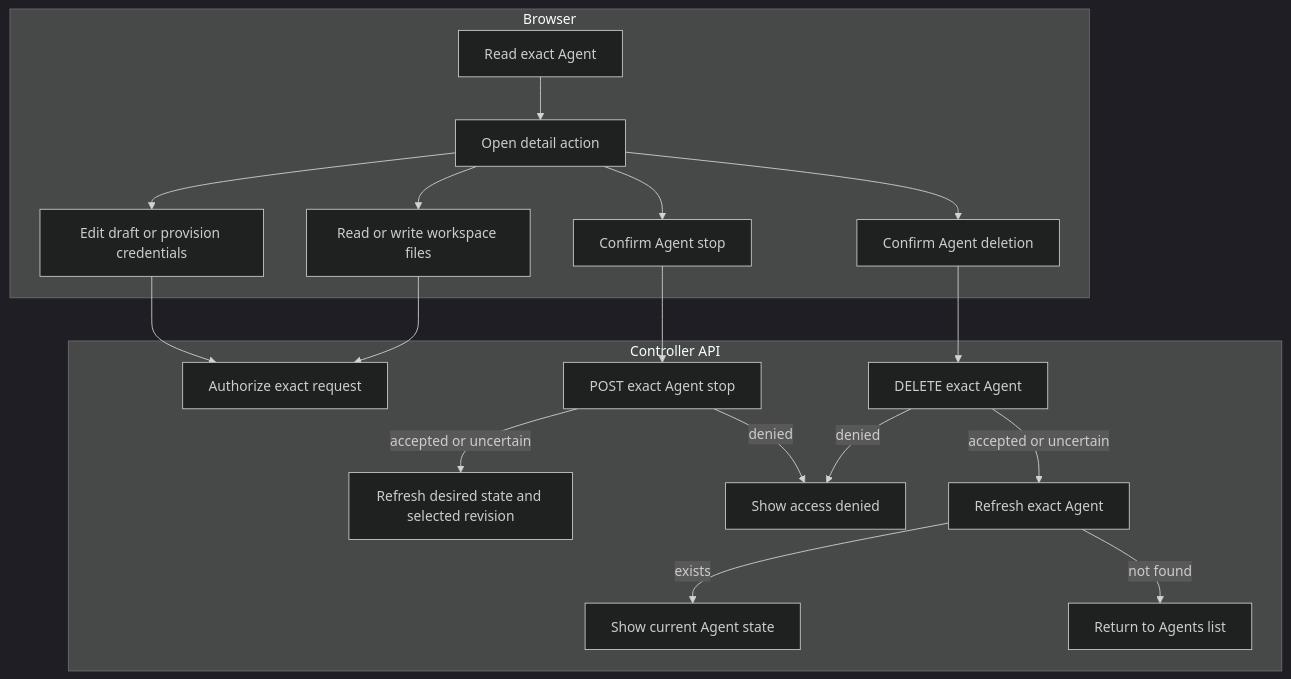
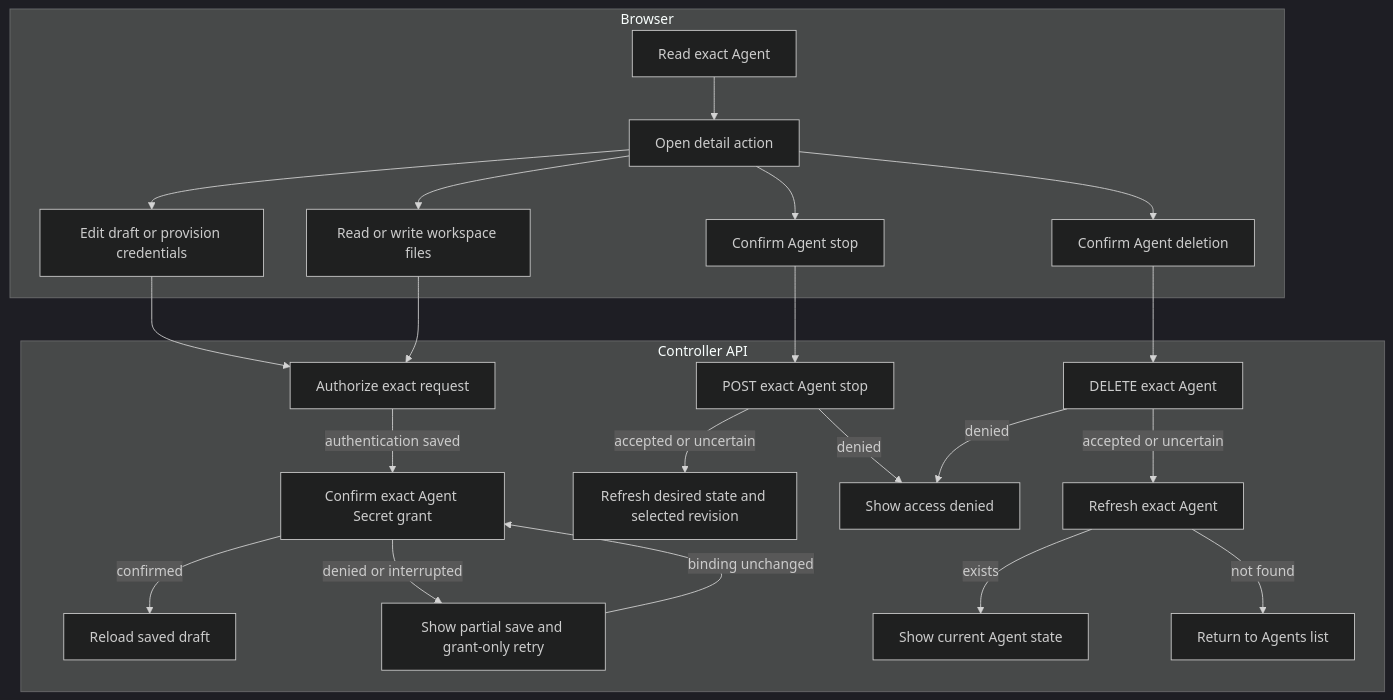
The diagram in docs/flows/platform-console/agent-editing.md (openclaw/openclaw-enterprise), drawn with Mermaid (dark theme) before and after one commit. The commit also changed other lines of this file and 16 other files, not shown here.

Commit message:
fix(console): grant Agent access when updating model credentials

````diff
--- a/docs/flows/platform-console/agent-editing.md
+++ b/docs/flows/platform-console/agent-editing.md
@@ -26,22 +26,26 @@
 ```mermaid
 graph TD
   subgraph Browser["Browser"]
     A["Read exact Agent"] --> B["Open detail action"]
     B --> C["Edit draft or provision credentials"]
     B --> D["Read or write workspace files"]
     B --> E["Confirm Agent deletion"]
     B --> S["Confirm Agent stop"]
   end
   subgraph API["Controller API"]
     C --> F["Authorize exact request"]
+    F -->|authentication saved| V["Confirm exact Agent Secret grant"]
+    V -->|confirmed| W["Reload saved draft"]
+    V -->|denied or interrupted| X["Show partial save and grant-only retry"]
+    X -->|binding unchanged| V
     D --> F
     E --> G["DELETE exact Agent"]
     S --> T["POST exact Agent stop"]
     T -->|accepted or uncertain| U["Refresh desired state and selected revision"]
     T -->|denied| I
     G -->|accepted or uncertain| H["Refresh exact Agent"]
     G -->|denied| I["Show access denied"]
     H -->|exists| J["Show current Agent state"]
     H -->|not found| K["Return to Agents list"]
   end
 ```
````
